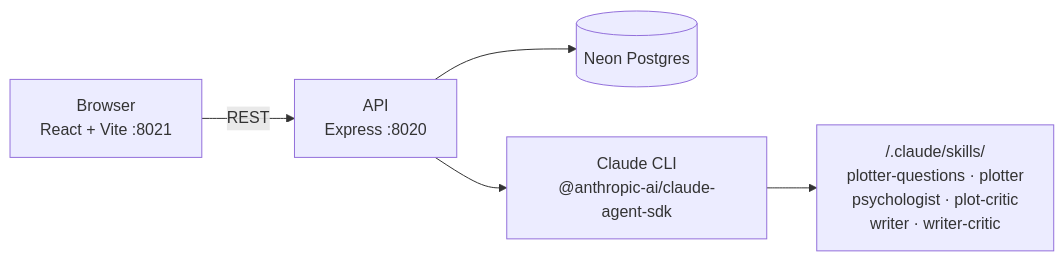
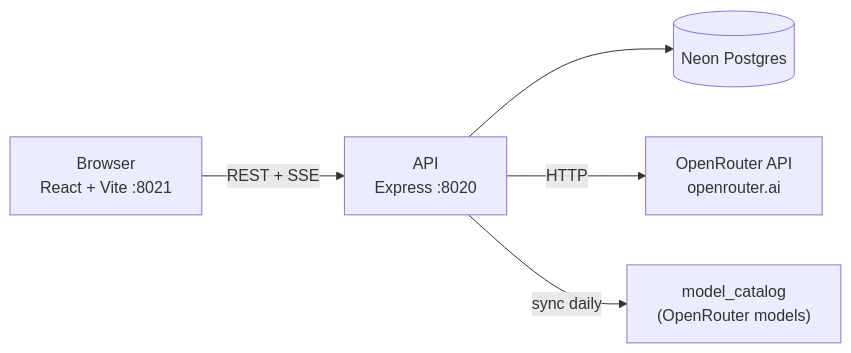
The first of 3 diagrams in ARCHITECTURE.md (ikushlianski/bedtime-stories), drawn with Mermaid before and after one commit. The commit also changed other lines of this file and 2 other files, not shown here.

First line of the commit message:
docs: update ARCHITECTURE and README to reflect OpenRouter migration

````diff
--- a/ARCHITECTURE.md
+++ b/ARCHITECTURE.md
@@ -5,7 +5,7 @@
 ```mermaid
 flowchart LR
-    Browser["Browser\nReact + Vite :8021"] -->|REST| API["API\nExpress :8020"]
+    Browser["Browser\nReact + Vite :8021"] -->|REST + SSE| API["API\nExpress :8020"]
     API --> DB[("Neon Postgres")]
-    API --> Runner["Claude CLI\n@anthropic-ai/claude-agent-sdk"]
-    Runner --> Skills["/.claude/skills/\nplotter-questions · plotter\npsychologist · plot-critic\nwriter · writer-critic"]
+    API -->|HTTP| OpenRouter["OpenRouter API\nopenrouter.ai"]
+    API -->|sync daily| Catalog["model_catalog\n(OpenRouter models)"]
 ```
````
